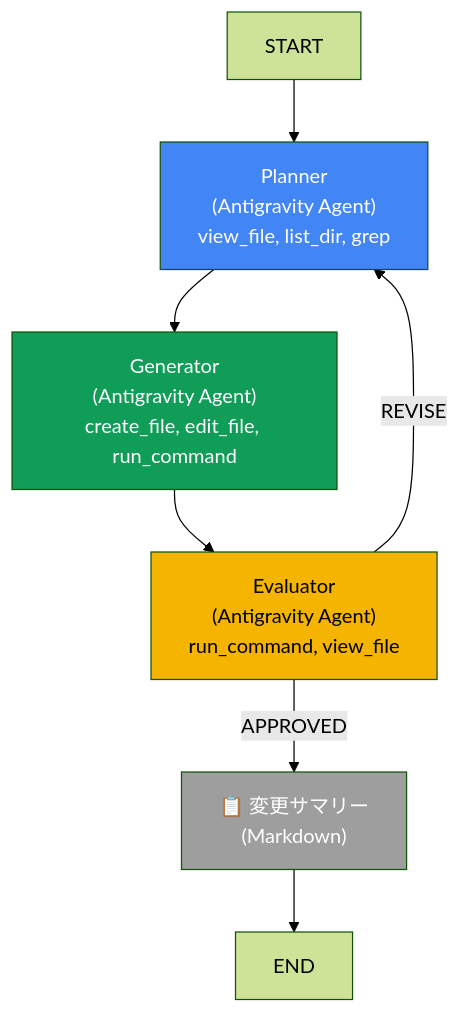
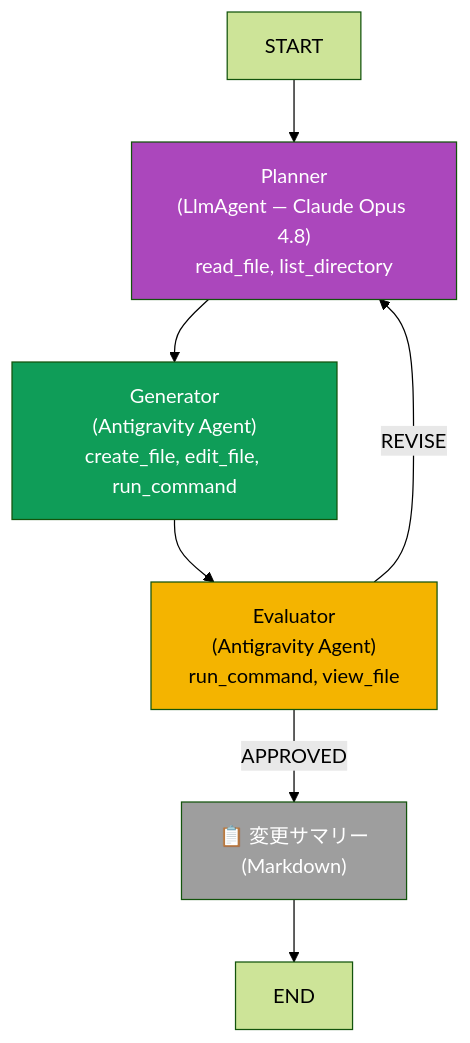
One commit to tyorikan/agent-design-patterns changed the diagram in patterns/agentic_pipeline/README.md. Above: the diagram before and after it, drawn with Mermaid (forest theme). The commit also changed other lines of this file and 2 other files, not shown here.

````diff
--- a/patterns/agentic_pipeline/README.md
+++ b/patterns/agentic_pipeline/README.md
@@ -29,14 +29,14 @@
 ```mermaid
 graph TD
-    START["START"] --> P["Planner<br/>(Antigravity Agent)<br/>view_file, list_dir, grep"]
+    START["START"] --> P["Planner<br/>(LlmAgent — Claude Opus 4.8)<br/>read_file, list_directory"]
     P --> G["Generator<br/>(Antigravity Agent)<br/>create_file, edit_file, run_command"]
     G --> E["Evaluator<br/>(Antigravity Agent)<br/>run_command, view_file"]
     E -->|REVISE| P
     E -->|APPROVED| SUMMARY["📋 変更サマリー<br/>(Markdown)"]
     SUMMARY --> END["END"]
 
-    style P fill:#4285F4,color:#fff
+    style P fill:#AB47BC,color:#fff
     style G fill:#0F9D58,color:#fff
     style E fill:#F4B400,color:#000
     style SUMMARY fill:#9E9E9E,color:#fff
 ```
````
